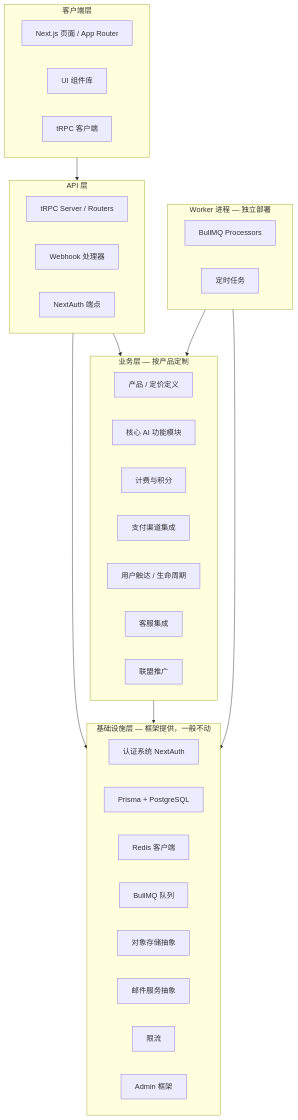
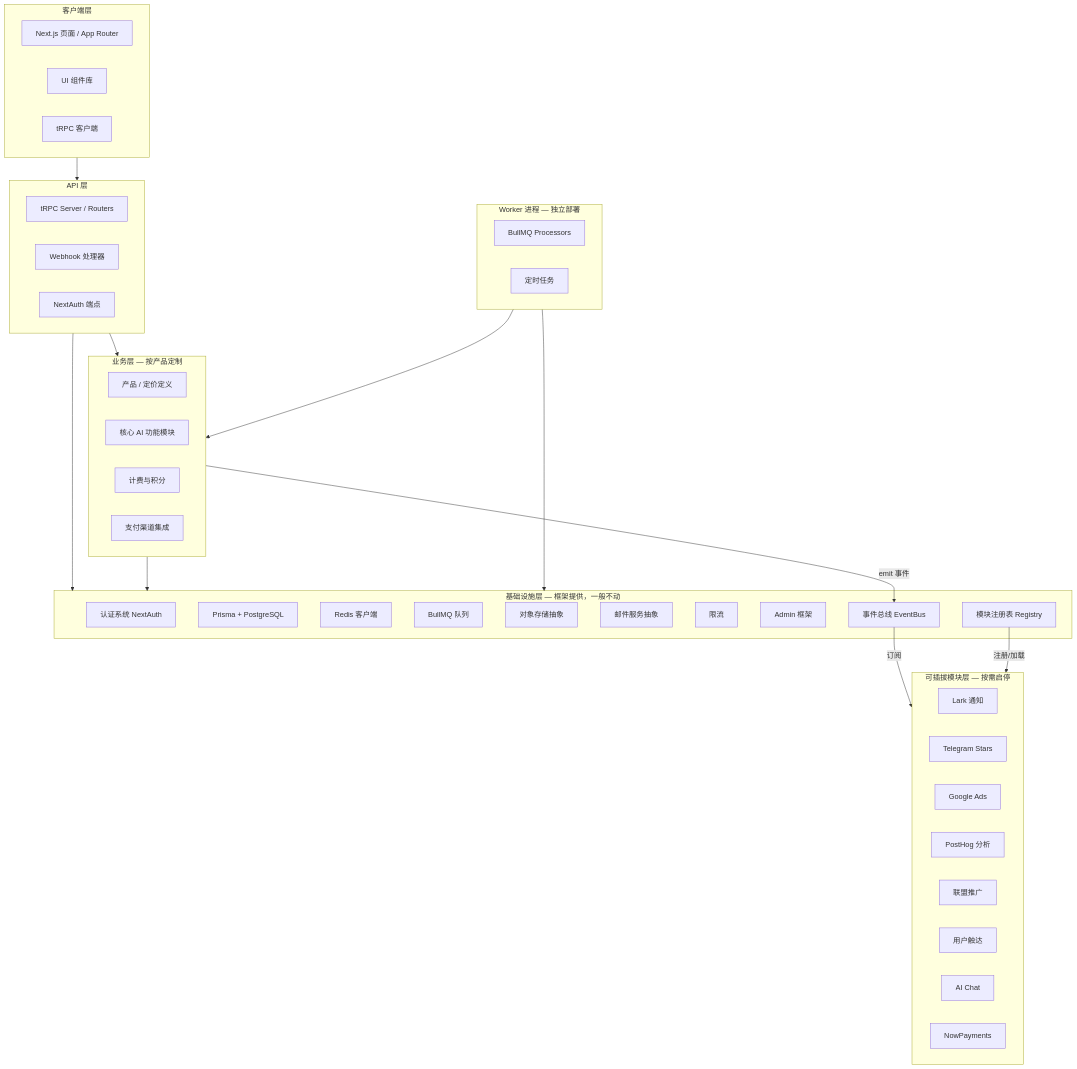
Before and after one commit to techfundoffice/velobase-harness: the first of 2 diagrams in FRAMEWORK_GUIDE.md, drawn with Mermaid. The commit also changed other lines of this file and 57 other files, not shown here.

First line of the commit message:
feat: pluggable module architecture with event bus decoupling

````diff
--- a/FRAMEWORK_GUIDE.md
+++ b/FRAMEWORK_GUIDE.md
@@ -42,47 +43,60 @@
 ```mermaid
 graph TB
   subgraph client [客户端层]
     pages[Next.js 页面 / App Router]
     ui[UI 组件库]
     trpcClient[tRPC 客户端]
   end
 
   subgraph api [API 层]
     trpcServer[tRPC Server / Routers]
     webhooks[Webhook 处理器]
     authApi[NextAuth 端点]
   end
 
   subgraph infra [基础设施层 — 框架提供，一般不动]
     authCore[认证系统 NextAuth]
     db[Prisma + PostgreSQL]
     redis[Redis 客户端]
     queue[BullMQ 队列]
     storage[对象存储抽象]
     email[邮件服务抽象]
     ratelimit[限流]
     adminFrame[Admin 框架]
+    eventBus[事件总线 EventBus]
+    moduleRegistry[模块注册表 Registry]
   end
 
   subgraph business [业务层 — 按产品定制]
     product[产品 / 定价定义]
     aiFeature[核心 AI 功能模块]
     billing[计费与积分]
     payment[支付渠道集成]
-    touch[用户触达 / 生命周期]
-    support[客服集成]
-    affiliate[联盟推广]
+  end
+
+  subgraph pluggable [可插拔模块层 — 按需启停]
+    modLark[Lark 通知]
+    modTelegram[Telegram Stars]
+    modAds[Google Ads]
+    modPosthog[PostHog 分析]
+    modAffiliate[联盟推广]
+    modTouch[用户触达]
+    modAiChat[AI Chat]
+    modNowpay[NowPayments]
   end
 
   subgraph workers [Worker 进程 — 独立部署]
     jobProcessors[BullMQ Processors]
     scheduledJobs[定时任务]
   end
 
   client --> api
   api --> infra
   api --> business
   business --> infra
+  business -- "emit 事件" --> eventBus
+  eventBus -- "订阅" --> pluggable
+  moduleRegistry -- "注册/加载" --> pluggable
   workers --> infra
   workers --> business
 ```
````
